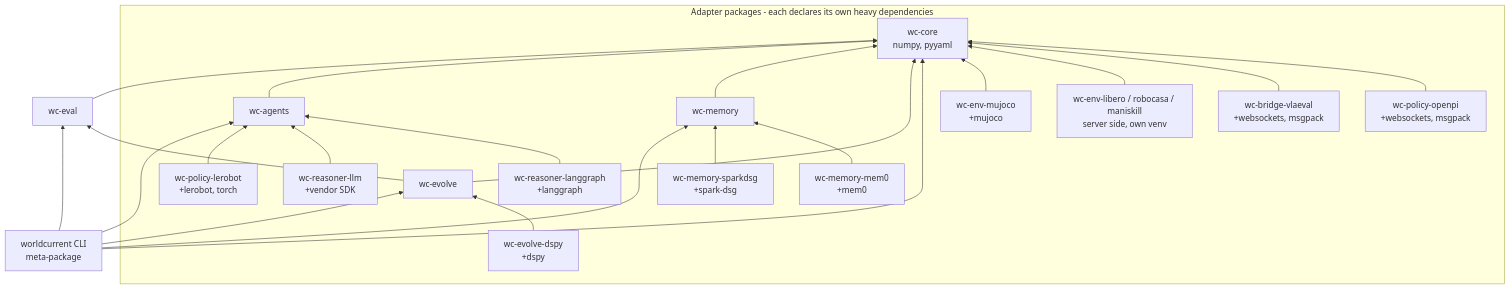
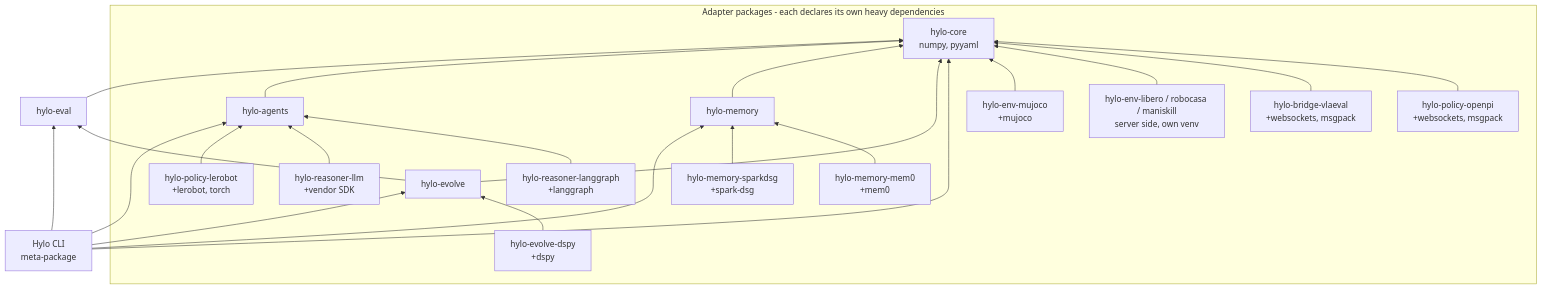
One commit to HyloAI/hylo-harness changed the first of 3 diagrams in docs/dependency-graph.md. Above: the diagram before and after it, drawn with Mermaid. The commit also changed other lines of this file and 394 other files, not shown here.

First line of the commit message:
Rename worldcurrent to Hylo (company: Hylo AI)

````diff
--- a/docs/dependency-graph.md
+++ b/docs/dependency-graph.md
@@ -9,23 +9,23 @@
 ```mermaid
 flowchart BT
-  core[wc-core<br/>numpy, pyyaml]
-  eval[wc-eval] --> core
-  agents[wc-agents] --> core
-  memory[wc-memory] --> core
-  evolve[wc-evolve] --> core
+  core[hylo-core<br/>numpy, pyyaml]
+  eval[hylo-eval] --> core
+  agents[hylo-agents] --> core
+  memory[hylo-memory] --> core
+  evolve[hylo-evolve] --> core
   evolve --> eval
-  cli[worldcurrent CLI<br/>meta-package] --> core & eval & agents & memory & evolve
+  cli[Hylo CLI<br/>meta-package] --> core & eval & agents & memory & evolve
 
   subgraph adapters[Adapter packages - each declares its own heavy dependencies]
-    envmj[wc-env-mujoco<br/>+mujoco] --> core
-    envremote[wc-env-libero / robocasa / maniskill<br/>server side, own venv] --> core
-    bridge[wc-bridge-vlaeval<br/>+websockets, msgpack] --> core
-    polopenpi[wc-policy-openpi<br/>+websockets, msgpack] --> core
-    pollerobot[wc-policy-lerobot<br/>+lerobot, torch] --> agents
-    rsllm[wc-reasoner-llm<br/>+vendor SDK] --> agents
-    rslg[wc-reasoner-langgraph<br/>+langgraph] --> agents
-    evdspy[wc-evolve-dspy<br/>+dspy] --> evolve
-    memdsg[wc-memory-sparkdsg<br/>+spark-dsg] --> memory
-    memmem0[wc-memory-mem0<br/>+mem0] --> memory
+    envmj[hylo-env-mujoco<br/>+mujoco] --> core
+    envremote[hylo-env-libero / robocasa / maniskill<br/>server side, own venv] --> core
+    bridge[hylo-bridge-vlaeval<br/>+websockets, msgpack] --> core
+    polopenpi[hylo-policy-openpi<br/>+websockets, msgpack] --> core
+    pollerobot[hylo-policy-lerobot<br/>+lerobot, torch] --> agents
+    rsllm[hylo-reasoner-llm<br/>+vendor SDK] --> agents
+    rslg[hylo-reasoner-langgraph<br/>+langgraph] --> agents
+    evdspy[hylo-evolve-dspy<br/>+dspy] --> evolve
+    memdsg[hylo-memory-sparkdsg<br/>+spark-dsg] --> memory
+    memmem0[hylo-memory-mem0<br/>+mem0] --> memory
   end
 ```
````
